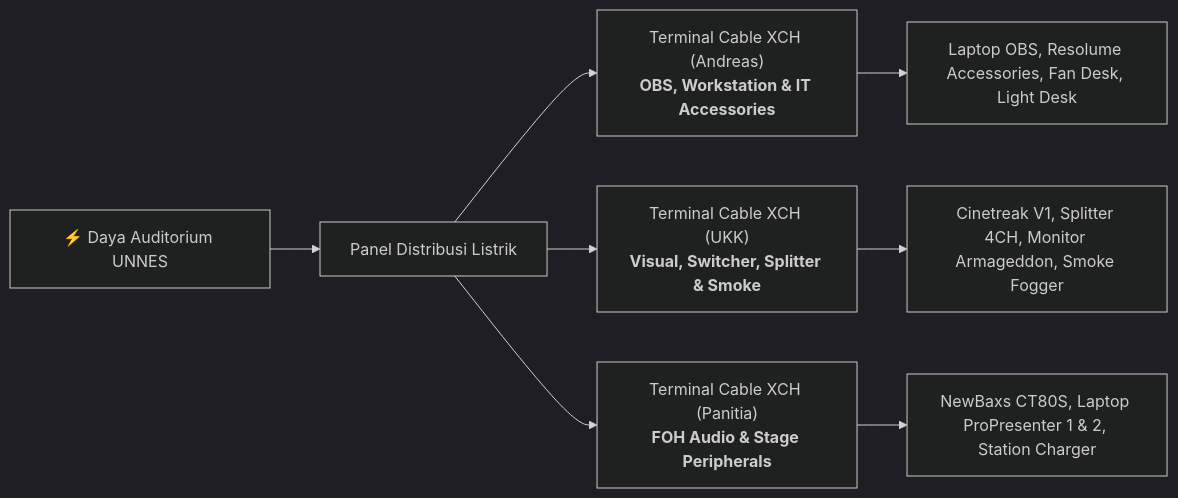
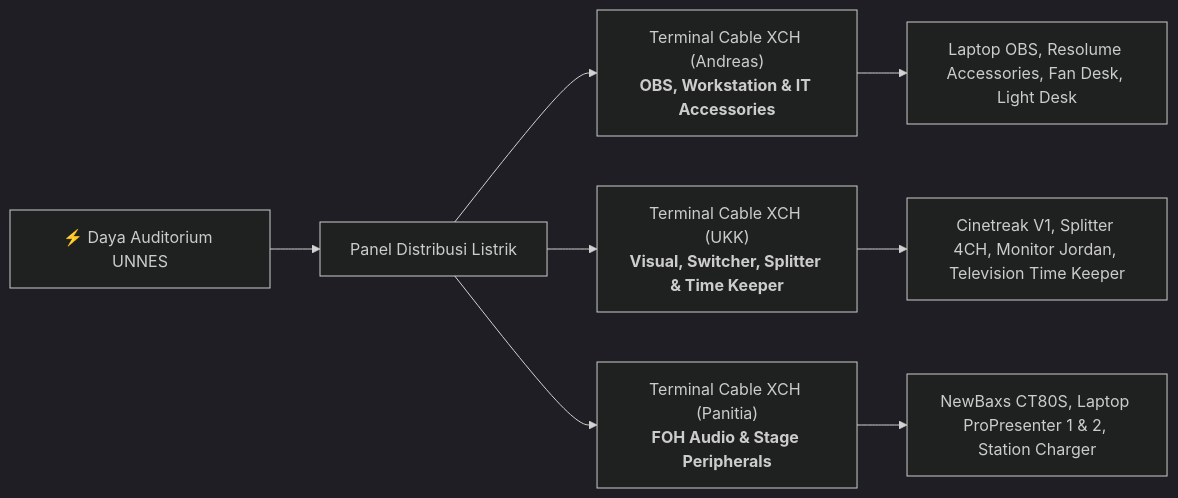
One commit to zzdree/ip26-production changed the eighth of 8 diagrams in README.md. Above: the diagram before and after it, drawn with Mermaid (dark theme). The commit also changed other lines of this file and 8 other files, not shown here.

````diff
--- a/README.md
+++ b/README.md
@@ -316,12 +321,12 @@
 ```mermaid
 flowchart LR
     SOURCE["⚡ Daya Auditorium UNNES"] --> MAIN_PANEL["Panel Distribusi Listrik"]
     
     MAIN_PANEL --> T1["Terminal Cable XCH (Andreas)<br/><b>OBS, Workstation & IT Accessories</b>"]
-    MAIN_PANEL --> T2["Terminal Cable XCH (UKK)<br/><b>Visual, Switcher, Splitter & Smoke</b>"]
+    MAIN_PANEL --> T2["Terminal Cable XCH (UKK)<br/><b>Visual, Switcher, Splitter & Time Keeper</b>"]
     MAIN_PANEL --> T3["Terminal Cable XCH (Panitia)<br/><b>FOH Audio & Stage Peripherals</b>"]
 
     T1 --> D1["Laptop OBS, Resolume Accessories, Fan Desk, Light Desk"]
-    T2 --> D2["Cinetreak V1, Splitter 4CH, Monitor Armageddon, Smoke Fogger"]
+    T2 --> D2["Cinetreak V1, Splitter 4CH, Monitor Jordan, Television Time Keeper"]
     T3 --> D3["NewBaxs CT80S, Laptop ProPresenter 1 & 2, Station Charger"]
 ```
````
